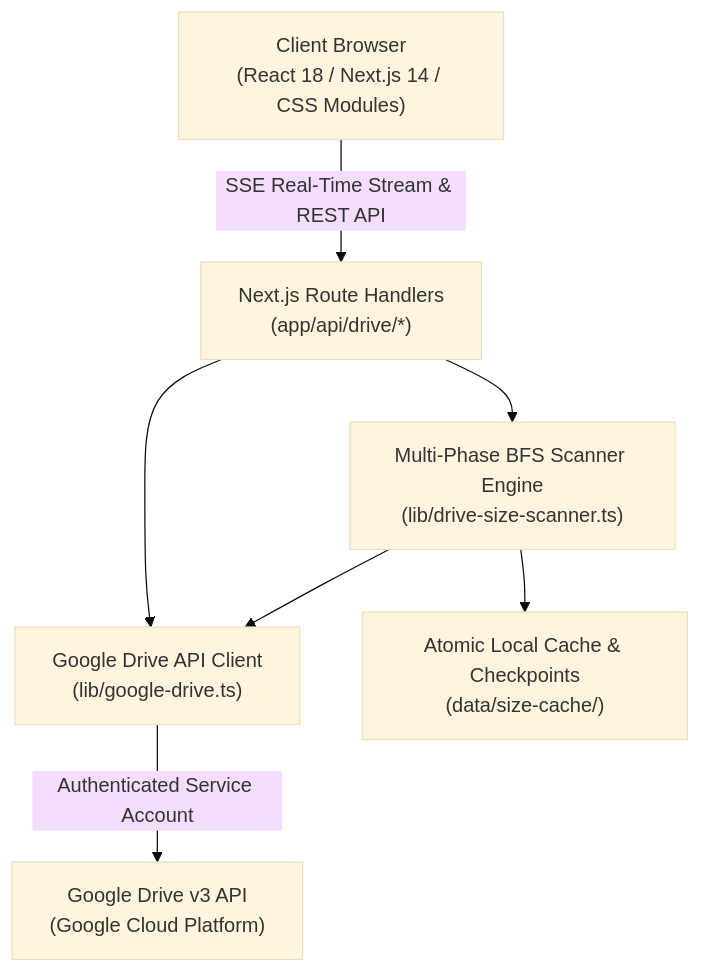
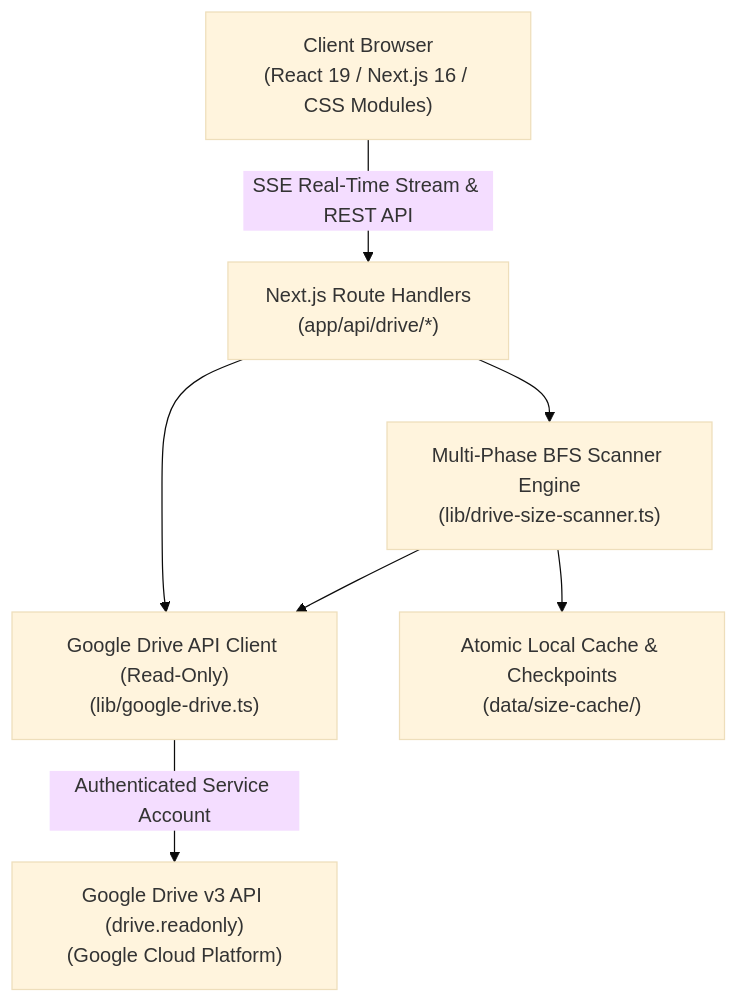
One commit to HassanBDS/Google_Drive_Dashboard changed the diagram in README.md. Above: the diagram before and after it, drawn with Mermaid (base theme). The commit also changed other lines of this file and 2 other files, not shown here.

Commit message:
refactor: upgrade to Next.js 16 and React 19 while transitioning to a strict read-only architecture

````diff
--- a/README.md
+++ b/README.md
@@ -185,16 +190,16 @@
 ```mermaid
 graph TD
-    User["Client Browser<br/>(React 18 / Next.js 14 / CSS Modules)"]
+    User["Client Browser<br/>(React 19 / Next.js 16 / CSS Modules)"]
     API["Next.js Route Handlers<br/>(app/api/drive/*)"]
     Scanner["Multi-Phase BFS Scanner Engine<br/>(lib/drive-size-scanner.ts)"]
-    GDriveClient["Google Drive API Client<br/>(lib/google-drive.ts)"]
-    GoogleCloud["Google Drive v3 API<br/>(Google Cloud Platform)"]
+    GDriveClient["Google Drive API Client (Read-Only)<br/>(lib/google-drive.ts)"]
+    GoogleCloud["Google Drive v3 API (drive.readonly)<br/>(Google Cloud Platform)"]
     DiskCache["Atomic Local Cache & Checkpoints<br/>(data/size-cache/)"]
 
     User -->|SSE Real-Time Stream & REST API| API
     API --> Scanner
     API --> GDriveClient
     Scanner --> GDriveClient
     Scanner --> DiskCache
     GDriveClient -->|Authenticated Service Account| GoogleCloud
 ```
````
